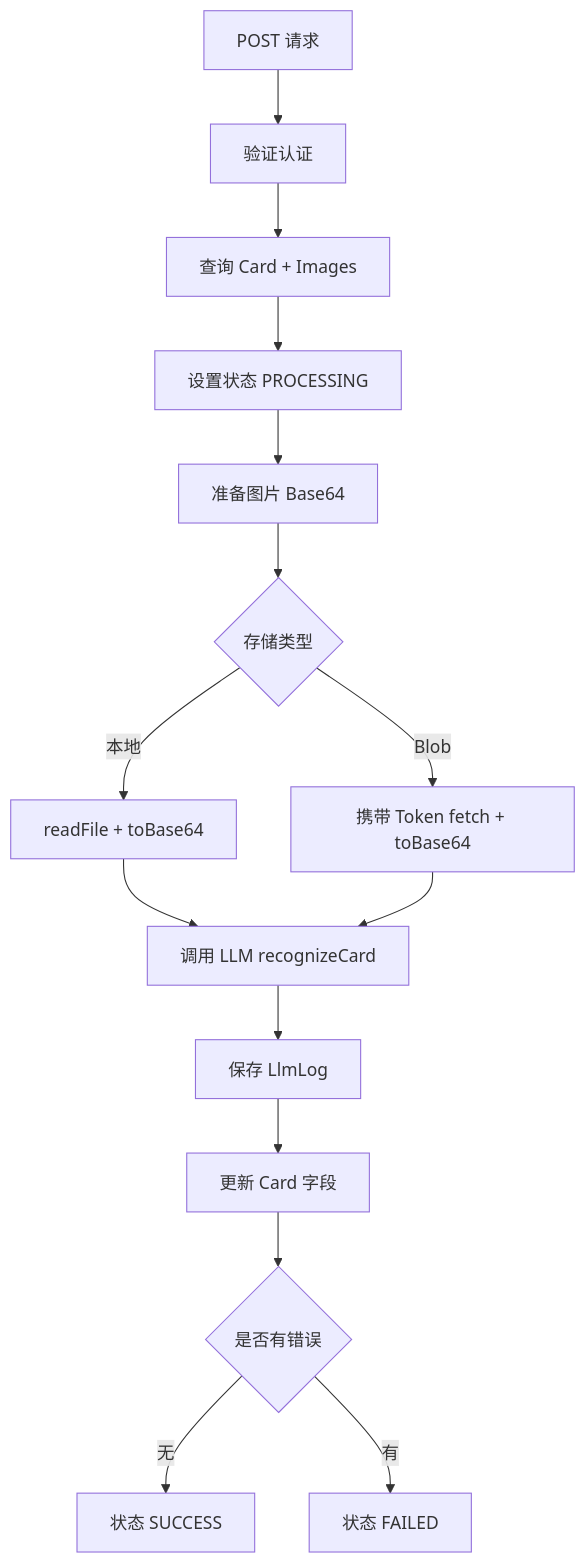
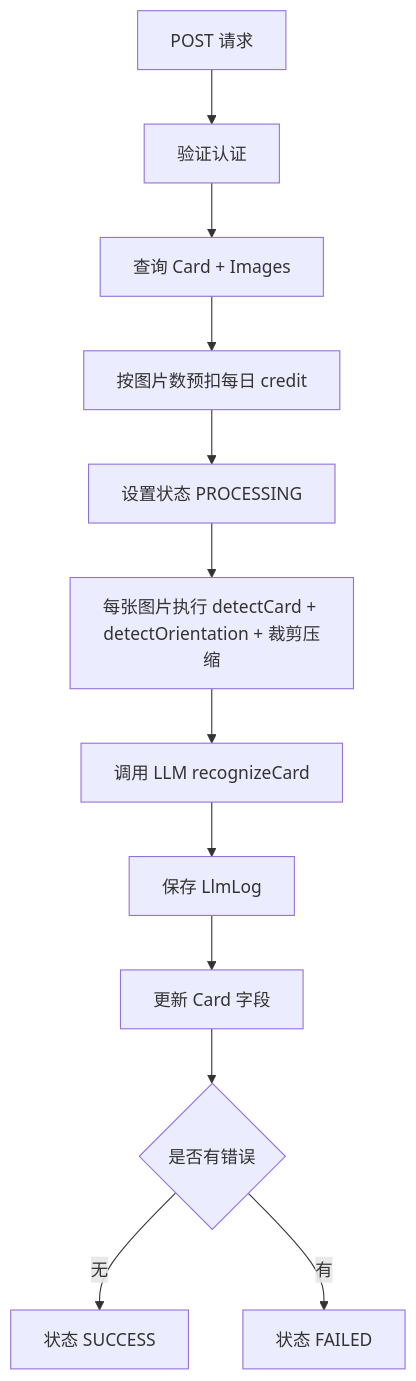
One commit to addicted0010/namecardfolder changed the second of 2 diagrams in Documents/llm/llm.md. Above: the diagram before and after it, drawn with Mermaid. The commit also changed other lines of this file and 24 other files, not shown here.

````diff
--- a/Documents/llm/llm.md
+++ b/Documents/llm/llm.md
@@ -185,17 +187,14 @@
 ```mermaid
 graph TD
     A[POST 请求] --> B[验证认证]
     B --> C[查询 Card + Images]
-    C --> D[设置状态 PROCESSING]
-    D --> E[准备图片 Base64]
-    E --> F{存储类型}
-    F -->|本地| G[readFile + toBase64]
-    F -->|Blob| H[携带 Token fetch + toBase64]
-    G --> I[调用 LLM recognizeCard]
-    H --> I
-    I --> J[保存 LlmLog]
-    J --> K[更新 Card 字段]
-    K --> L{是否有错误}
-    L -->|无| M[状态 SUCCESS]
-    L -->|有| N[状态 FAILED]
+    C --> D[按图片数预扣每日 credit]
+    D --> E[设置状态 PROCESSING]
+    E --> F[每张图片执行 detectCard + detectOrientation + 裁剪压缩]
+    F --> G[调用 LLM recognizeCard]
+    G --> H[保存 LlmLog]
+    H --> I[更新 Card 字段]
+    I --> J{是否有错误}
+    J -->|无| successStatus[状态 SUCCESS]
+    J -->|有| failedStatus[状态 FAILED]
 ```
````
